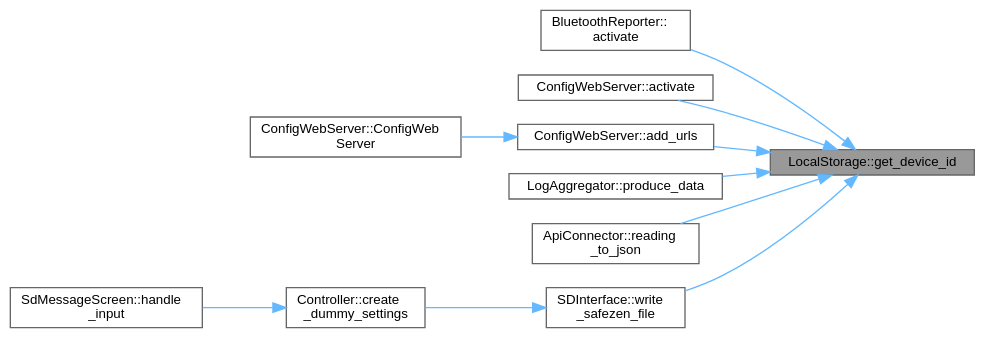
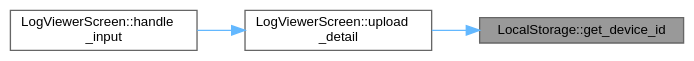
Before and after one commit to Safecast/bGeigieZen: the diagram in designs/graphs/docbook/class_local_storage_a21a006de02dc8ab7f3a47aafeb894f65_icgraph.dot, drawn with Graphviz. The commit also changed 5299 other files, not shown here.

```diff
--- a/designs/graphs/docbook/class_local_storage_a21a006de02dc8ab7f3a47aafeb894f65_icgraph.dot
+++ b/designs/graphs/docbook/class_local_storage_a21a006de02dc8ab7f3a47aafeb894f65_icgraph.dot
@@ -1,27 +1,13 @@
 digraph "LocalStorage::get_device_id"
 {
  // LATEX_PDF_SIZE
   bgcolor="transparent";
   edge [fontname=Helvetica,fontsize=10,labelfontname=Helvetica,labelfontsize=10];
   node [fontname=Helvetica,fontsize=10,shape=box,height=0.2,width=0.4];
   rankdir="RL";
   Node1 [id="Node000001",label="LocalStorage::get_device_id",height=0.2,width=0.4,color="gray40", fillcolor="grey60", style="filled", fontcolor="black",tooltip=" "];
-  Node1 -> Node2 [id="edge10_Node000001_Node000002",dir="back",color="steelblue1",style="solid",tooltip=" "];
-  Node2 [id="Node000002",label="BluetoothReporter::\lactivate",height=0.2,width=0.4,color="grey40", fillcolor="white", style="filled",URL="$class_bluetooth_reporter.html#a365b2431527d3601eca8f9349f73053a",tooltip=" "];
-  Node1 -> Node3 [id="edge11_Node000001_Node000003",dir="back",color="steelblue1",style="solid",tooltip=" "];
-  Node3 [id="Node000003",label="ConfigWebServer::activate",height=0.2,width=0.4,color="grey40", fillcolor="white", style="filled",URL="$class_config_web_server.html#a5fba48f2cf78029036a923eb27bc0674",tooltip=" "];
-  Node1 -> Node4 [id="edge12_Node000001_Node000004",dir="back",color="steelblue1",style="solid",tooltip=" "];
-  Node4 [id="Node000004",label="ConfigWebServer::add_urls",height=0.2,width=0.4,color="grey40", fillcolor="white", style="filled",URL="$class_config_web_server.html#a35c4374f69f6421d8c2ec61934f2c092",tooltip=" "];
-  Node4 -> Node5 [id="edge13_Node000004_Node000005",dir="back",color="steelblue1",style="solid",tooltip=" "];
-  Node5 [id="Node000005",label="ConfigWebServer::ConfigWeb\lServer",height=0.2,width=0.4,color="grey40", fillcolor="white", style="filled",URL="$class_config_web_server.html#a001c5b747ffda5655ffa7828efe7a83b",tooltip=" "];
-  Node1 -> Node6 [id="edge14_Node000001_Node000006",dir="back",color="steelblue1",style="solid",tooltip=" "];
-  Node6 [id="Node000006",label="LogAggregator::produce_data",height=0.2,width=0.4,color="grey40", fillcolor="white", style="filled",URL="$class_log_aggregator.html#a343c8421e0dfe93651f3be2ef44e4494",tooltip=" "];
-  Node1 -> Node7 [id="edge15_Node000001_Node000007",dir="back",color="steelblue1",style="solid",tooltip=" "];
-  Node7 [id="Node000007",label="ApiConnector::reading\l_to_json",height=0.2,width=0.4,color="grey40", fillcolor="white", style="filled",URL="$class_api_connector.html#ac19687cf6ae2d1d0bcb2e77ee9e8c539",tooltip=" "];
-  Node1 -> Node8 [id="edge16_Node000001_Node000008",dir="back",color="steelblue1",style="solid",tooltip=" "];
-  Node8 [id="Node000008",label="SDInterface::write\l_safezen_file",height=0.2,width=0.4,color="grey40", fillcolor="white", style="filled",URL="$class_s_d_interface.html#a1eeb50f1000c0bb1442e522d756216b1",tooltip=" "];
-  Node8 -> Node9 [id="edge17_Node000008_Node000009",dir="back",color="steelblue1",style="solid",tooltip=" "];
-  Node9 [id="Node000009",label="Controller::create\l_dummy_settings",height=0.2,width=0.4,color="grey40", fillcolor="white", style="filled",URL="$class_controller.html#a625bc0caffeed2079d81f64a9e558182",tooltip=" "];
-  Node9 -> Node10 [id="edge18_Node000009_Node000010",dir="back",color="steelblue1",style="solid",tooltip=" "];
-  Node10 [id="Node000010",label="SdMessageScreen::handle\l_input",height=0.2,width=0.4,color="grey40", fillcolor="white", style="filled",URL="$class_sd_message_screen.html#aa6f1495614e3c8a88dfe30920fcd5b8d",tooltip=" "];
+  Node1 -> Node2 [id="edge3_Node000001_Node000002",dir="back",color="steelblue1",style="solid",tooltip=" "];
+  Node2 [id="Node000002",label="LogViewerScreen::upload\l_detail",height=0.2,width=0.4,color="grey40", fillcolor="white", style="filled",URL="$class_log_viewer_screen.html#ab7de6ae4ac4dfaf12fe29f1e0953bbdf",tooltip=" "];
+  Node2 -> Node3 [id="edge4_Node000002_Node000003",dir="back",color="steelblue1",style="solid",tooltip=" "];
+  Node3 [id="Node000003",label="LogViewerScreen::handle\l_input",height=0.2,width=0.4,color="grey40", fillcolor="white", style="filled",URL="$class_log_viewer_screen.html#a71060914d92a91fc2ed3c4d5cdf16590",tooltip=" "];
 }
```
